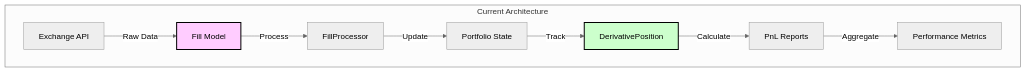
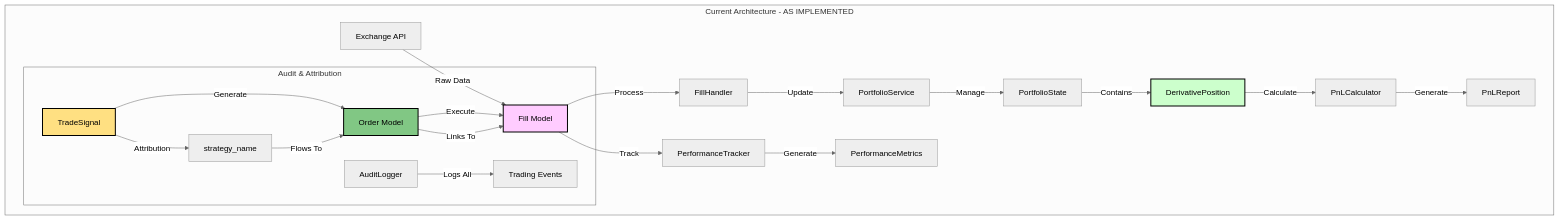
One commit to plataplomo/hummingbot changed the first of 10 diagrams in workflow/trade/new_trade_obj.md. Above: the diagram before and after it, drawn with Mermaid (neutral theme). The commit also changed other lines of this file and 93 other files, not shown here.

````diff
--- a/workflow/trade/new_trade_obj.md
+++ b/workflow/trade/new_trade_obj.md
@@ -11,14 +23,28 @@
 ```mermaid
 graph TB
-    subgraph "Current Architecture"
+    subgraph "Current Architecture - AS IMPLEMENTED"
         Exchange[Exchange API] -->|Raw Data| Fill[Fill Model]
-        Fill -->|Process| FillProcessor[FillProcessor]
-        FillProcessor -->|Update| Portfolio[Portfolio State]
-        Portfolio -->|Track| Position[DerivativePosition]
-        Position -->|Calculate| PnL[PnL Reports]
-        PnL -->|Aggregate| Metrics[Performance Metrics]
+        TradeSignal[TradeSignal] -->|Generate| Order[Order Model]
+        Order -->|Execute| Fill
+        Fill -->|Process| FillHandler[FillHandler]
+        FillHandler -->|Update| PortfolioService[PortfolioService]
+        PortfolioService -->|Manage| PortfolioState[PortfolioState]
+        PortfolioState -->|Contains| Position[DerivativePosition]
+        Position -->|Calculate| PnLCalculator[PnLCalculator]
+        PnLCalculator -->|Generate| PnLReport[PnLReport]
+        Fill -->|Track| PerformanceTracker[PerformanceTracker]
+        PerformanceTracker -->|Generate| PerformanceMetrics[PerformanceMetrics]
+
+        subgraph "Audit & Attribution"
+            AuditLogger[AuditLogger] -->|Logs All| Events[Trading Events]
+            TradeSignal -->|Attribution| StrategyName[strategy_name]
+            StrategyName -->|Flows To| Order
+            Order -->|Links To| Fill
+        end
     end
 
     style Fill fill:#ffccff,stroke:#000,stroke-width:2px,color:#000
     style Position fill:#ccffcc,stroke:#000,stroke-width:2px,color:#000
+    style TradeSignal fill:#ffe082,stroke:#000,stroke-width:2px,color:#000
+    style Order fill:#81c784,stroke:#000,stroke-width:2px,color:#000
 ```
````
